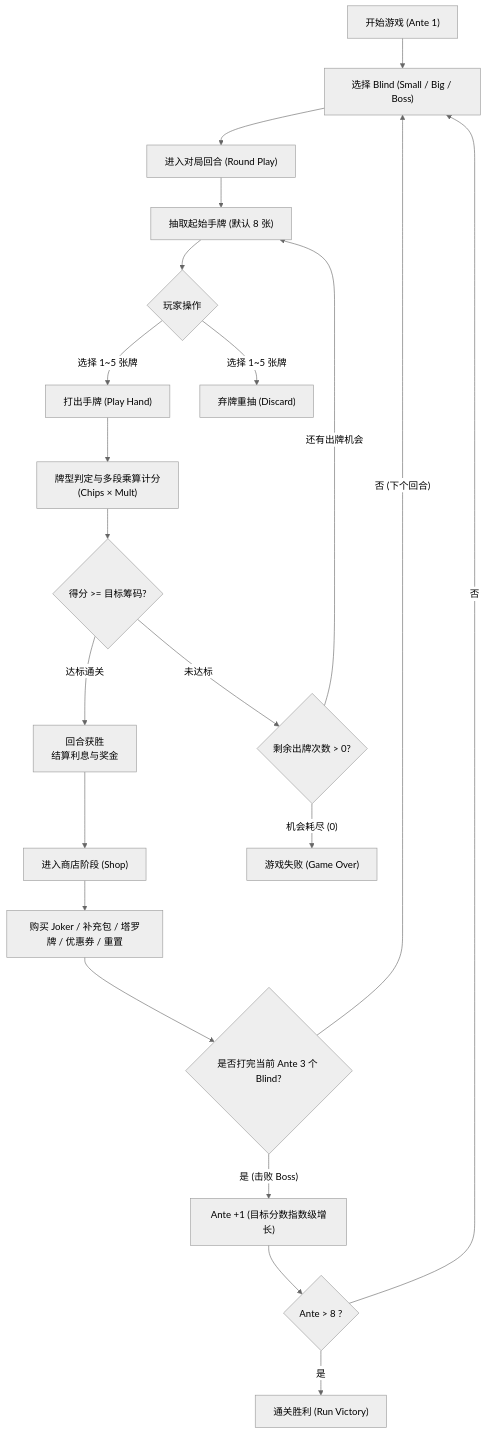
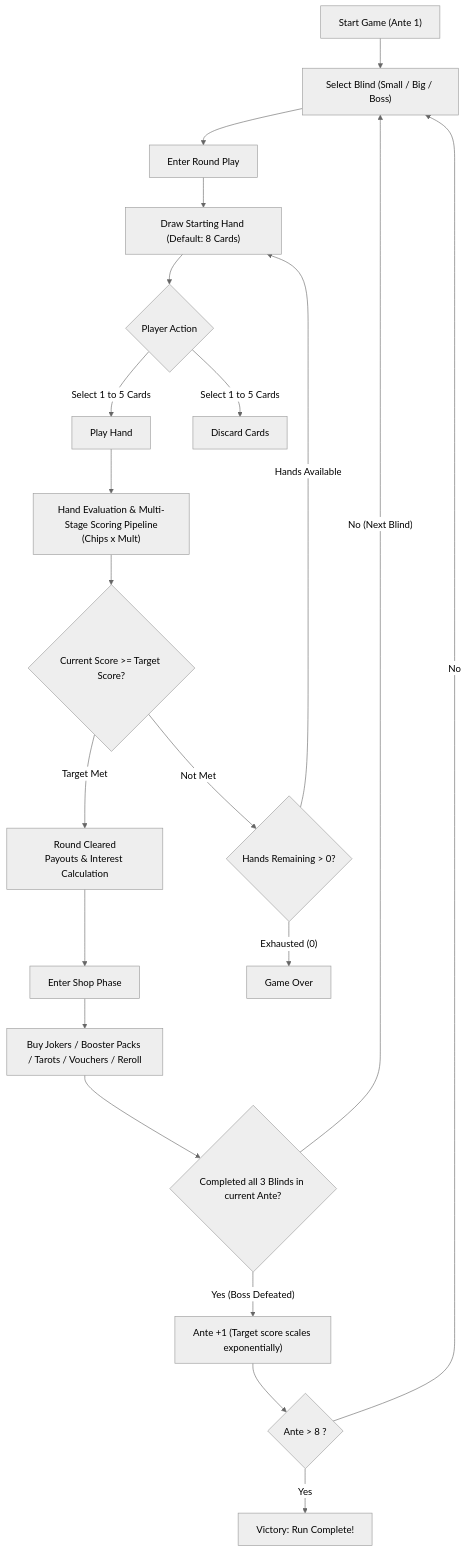
The diagram in balatro_intelligence_test/01_BALATRO_GDD_PRD.md (lingshiyao/Strata), drawn with Mermaid (neutral theme) before and after one commit. The commit also changed other lines of this file and 5 other files, not shown here.

````diff
--- a/balatro_intelligence_test/01_BALATRO_GDD_PRD.md
+++ b/balatro_intelligence_test/01_BALATRO_GDD_PRD.md
@@ -12,30 +11,30 @@
 ```mermaid
 flowchart TD
-    Start["开始游戏 (Ante 1)"] --> BlindSelect["选择 Blind (Small / Big / Boss)"]
-    BlindSelect --> Combat["进入对局回合 (Round Play)"]
-    Combat --> DrawCards["抽取起始手牌 (默认 8 张)"]
-    DrawCards --> ActionChoice{"玩家操作"}
+    Start["Start Game (Ante 1)"] --> BlindSelect["Select Blind (Small / Big / Boss)"]
+    BlindSelect --> Combat["Enter Round Play"]
+    Combat --> DrawCards["Draw Starting Hand (Default: 8 Cards)"]
+    DrawCards --> ActionChoice{"Player Action"}
     
-    ActionChoice -- "选择 1~5 张牌" --> PlayHand["打出手牌 (Play Hand)"]
-    ActionChoice -- "选择 1~5 张牌" --> Discard["弃牌重抽 (Discard)"]
+    ActionChoice -- "Select 1 to 5 Cards" --> PlayHand["Play Hand"]
+    ActionChoice -- "Select 1 to 5 Cards" --> Discard["Discard Cards"]
     
-    PlayHand --> ScoreCalc["牌型判定与多段乘算计分<br/>(Chips × Mult)"]
-    ScoreCalc --> ScoreCheck{"得分 >= 目标筹码?"}
+    PlayHand --> ScoreCalc["Hand Evaluation & Multi-Stage Scoring Pipeline<br/>(Chips x Mult)"]
+    ScoreCalc --> ScoreCheck{"Current Score >= Target Score?"}
     
-    ScoreCheck -- "达标通关" --> RoundClear["回合获胜<br/>结算利息与奖金"]
-    ScoreCheck -- "未达标" --> HandCountCheck{"剩余出牌次数 > 0?"}
+    ScoreCheck -- "Target Met" --> RoundClear["Round Cleared<br/>Payouts & Interest Calculation"]
+    ScoreCheck -- "Not Met" --> HandCountCheck{"Hands Remaining > 0?"}
     
-    HandCountCheck -- "还有出牌机会" --> DrawCards
-    HandCountCheck -- "机会耗尽 (0)" --> GameOver["游戏失败 (Game Over)"]
+    HandCountCheck -- "Hands Available" --> DrawCards
+    HandCountCheck -- "Exhausted (0)" --> GameOver["Game Over"]
     
-    RoundClear --> ShopPhase["进入商店阶段 (Shop)"]
-    ShopPhase --> ShopActions["购买 Joker / 补充包 / 塔罗牌 / 优惠券 / 重置"]
-    ShopActions --> NextBlind{"是否打完当前 Ante 3 个 Blind?"}
+    RoundClear --> ShopPhase["Enter Shop Phase"]
+    ShopPhase --> ShopActions["Buy Jokers / Booster Packs / Tarots / Vouchers / Reroll"]
+    ShopActions --> NextBlind{"Completed all 3 Blinds in current Ante?"}
     
-    NextBlind -- "否 (下个回合)" --> BlindSelect
-    NextBlind -- "是 (击败 Boss)" --> AnteAdvancement["Ante +1 (目标分数指数级增长)"]
+    NextBlind -- "No (Next Blind)" --> BlindSelect
+    NextBlind -- "Yes (Boss Defeated)" --> AnteAdvancement["Ante +1 (Target score scales exponentially)"]
     AnteAdvancement --> VictoryCheck{"Ante > 8 ?"}
     
-    VictoryCheck -- "是" --> RunVictory["通关胜利 (Run Victory)"]
-    VictoryCheck -- "否" --> BlindSelect
+    VictoryCheck -- "Yes" --> RunVictory["Victory: Run Complete!"]
+    VictoryCheck -- "No" --> BlindSelect
 ```
````
